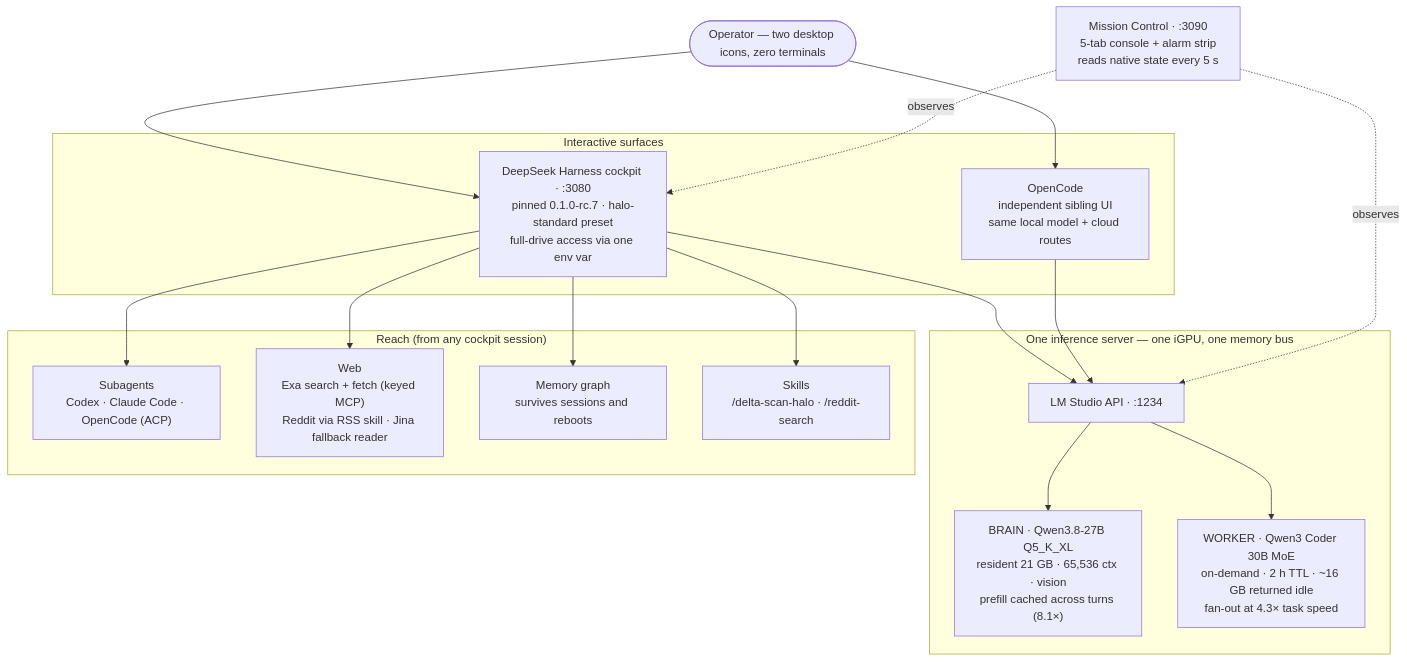
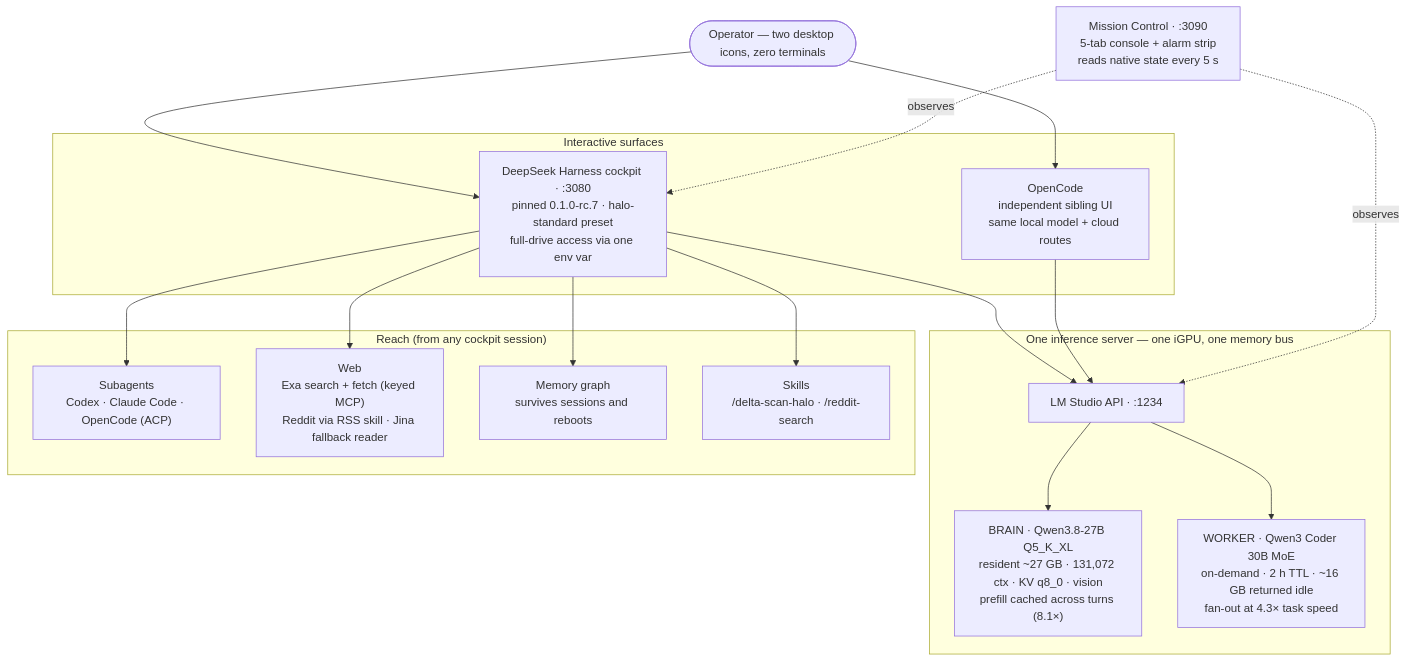
The first of 3 diagrams in docs/USER-MANUAL.md (scottconverse/halo-stack), drawn with Mermaid before and after one commit. The commit also changed other lines of this file and 6 other files, not shown here.

First line of the commit message:
Adopt ctx 131072 + KV q8_0 for the brain (bench-window-131k ADOPT verdict)

````diff
--- a/docs/USER-MANUAL.md
+++ b/docs/USER-MANUAL.md
@@ -27,37 +27,37 @@
 ```mermaid
 flowchart TD
     OP(["Operator — two desktop icons, zero terminals"])
 
     OP --> DSH
     OP --> OC
 
     subgraph INTERACTIVE["Interactive surfaces"]
         DSH["DeepSeek Harness cockpit · :3080<br/>pinned 0.1.0-rc.7 · halo-standard preset<br/>full-drive access via one env var"]
         OC["OpenCode<br/>independent sibling UI<br/>same local model + cloud routes"]
     end
 
     DSH --> LMS
     OC --> LMS
 
     subgraph INFERENCE["One inference server — one iGPU, one memory bus"]
         LMS["LM Studio API · :1234"]
-        LMS --> BRAIN["BRAIN · Qwen3.8-27B Q5_K_XL<br/>resident 21 GB · 65,536 ctx · vision<br/>prefill cached across turns (8.1×)"]
+        LMS --> BRAIN["BRAIN · Qwen3.8-27B Q5_K_XL<br/>resident ~27 GB · 131,072 ctx · KV q8_0 · vision<br/>prefill cached across turns (8.1×)"]
         LMS --> WORKER["WORKER · Qwen3 Coder 30B MoE<br/>on-demand · 2 h TTL · ~16 GB returned idle<br/>fan-out at 4.3× task speed"]
     end
 
     subgraph REACH["Reach (from any cockpit session)"]
         SUB["Subagents<br/>Codex · Claude Code · OpenCode (ACP)"]
         WEB["Web<br/>Exa search + fetch (keyed MCP)<br/>Reddit via RSS skill · Jina fallback reader"]
         MEM["Memory graph<br/>survives sessions and reboots"]
         SKILLS["Skills<br/>/delta-scan-halo · /reddit-search"]
     end
 
     DSH --> SUB
     DSH --> WEB
     DSH --> MEM
     DSH --> SKILLS
 
     MC["Mission Control · :3090<br/>5-tab console + alarm strip<br/>reads native state every 5 s"]
     MC -.observes.-> DSH
     MC -.observes.-> LMS
 ```
````
